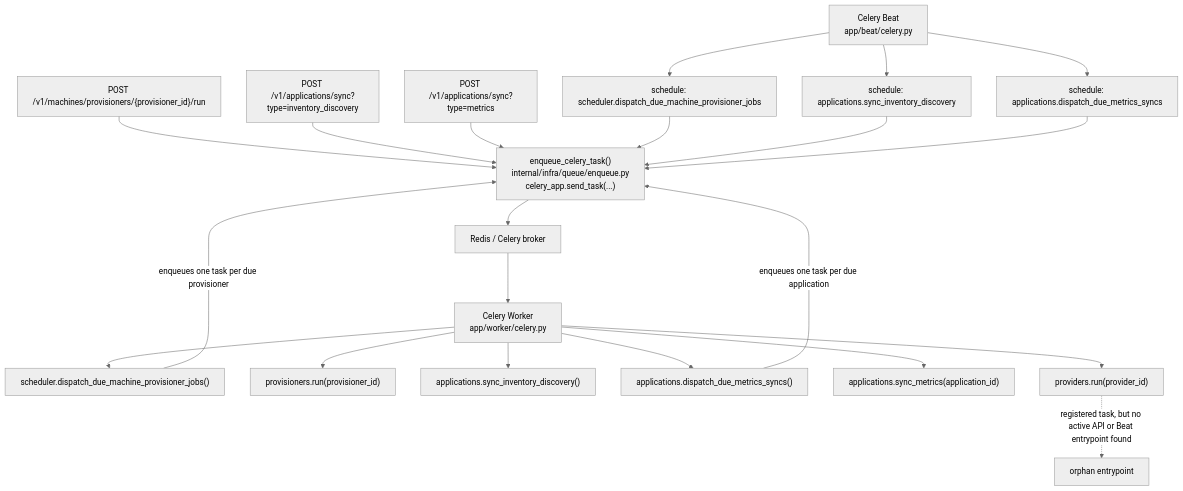
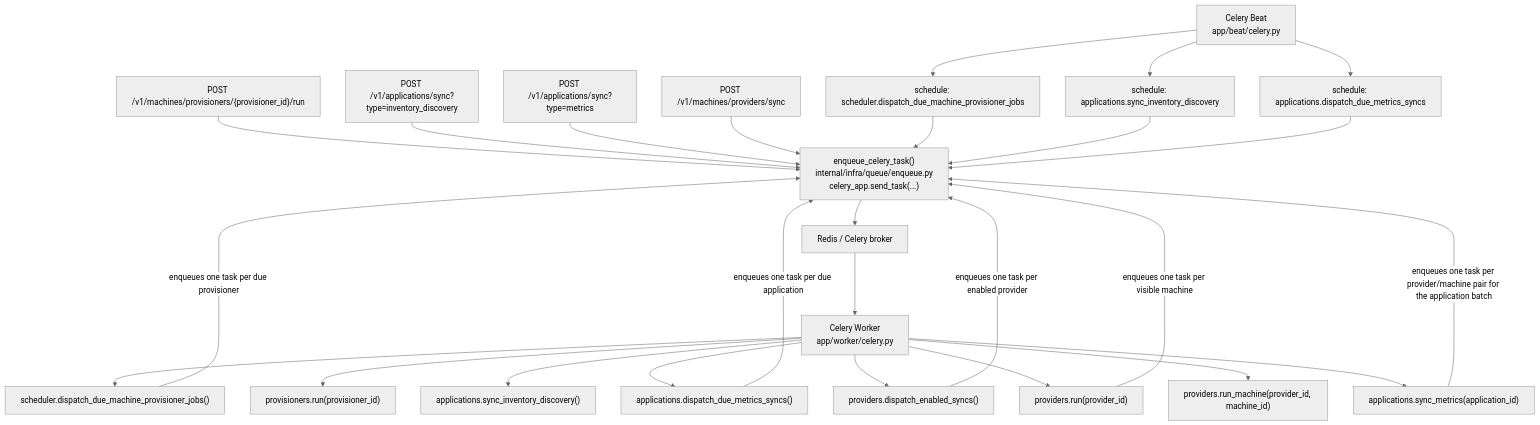
Before and after one commit to thomas-illiet/washing: the diagram in docs/celery-task-map.md, drawn with Mermaid (neutral theme). The commit also changed other lines of this file and 24 other files, not shown here.

Commit message:
fix: restore application metrics sync dispatch

````diff
--- a/docs/celery-task-map.md
+++ b/docs/celery-task-map.md
@@ -15,28 +15,33 @@
 ```mermaid
 flowchart TD
     APIProv["POST /v1/machines/provisioners/{provisioner_id}/run"] --> Enqueue
     APIAppInv["POST /v1/applications/sync?type=inventory_discovery"] --> Enqueue
     APIAppMet["POST /v1/applications/sync?type=metrics"] --> Enqueue
+    APIProviderSync["POST /v1/machines/providers/sync"] --> Enqueue
 
     Beat["Celery Beat\napp/beat/celery.py"] --> SchedProv["schedule: scheduler.dispatch_due_machine_provisioner_jobs"]
     Beat --> SchedInv["schedule: applications.sync_inventory_discovery"]
     Beat --> SchedMet["schedule: applications.dispatch_due_metrics_syncs"]
 
     SchedProv --> Enqueue
     SchedInv --> Enqueue
     SchedMet --> Enqueue
 
     Enqueue["enqueue_celery_task()\ninternal/infra/queue/enqueue.py\ncelery_app.send_task(...)"] --> Broker["Redis / Celery broker"]
     Broker --> Worker["Celery Worker\napp/worker/celery.py"]
 
     Worker --> DispatchProv["scheduler.dispatch_due_machine_provisioner_jobs()"]
     Worker --> RunProv["provisioners.run(provisioner_id)"]
     Worker --> SyncInv["applications.sync_inventory_discovery()"]
     Worker --> DispatchMet["applications.dispatch_due_metrics_syncs()"]
+    Worker --> DispatchProviders["providers.dispatch_enabled_syncs()"]
+    Worker --> RunProvider["providers.run(provider_id)"]
+    Worker --> RunProviderMachine["providers.run_machine(provider_id, machine_id)"]
     Worker --> SyncMet["applications.sync_metrics(application_id)"]
-    Worker --> RunProvider["providers.run(provider_id)"]
 
     DispatchProv -->|"enqueues one task per due provisioner"| Enqueue
     DispatchMet -->|"enqueues one task per due application"| Enqueue
-    RunProvider -.->|registered task, but no active API or Beat entrypoint found| Orphan["orphan entrypoint"]
+    DispatchProviders -->|"enqueues one task per enabled provider"| Enqueue
+    RunProvider -->|"enqueues one task per visible machine"| Enqueue
+    SyncMet -->|"enqueues one task per provider/machine pair for the application batch"| Enqueue
 ```
````
